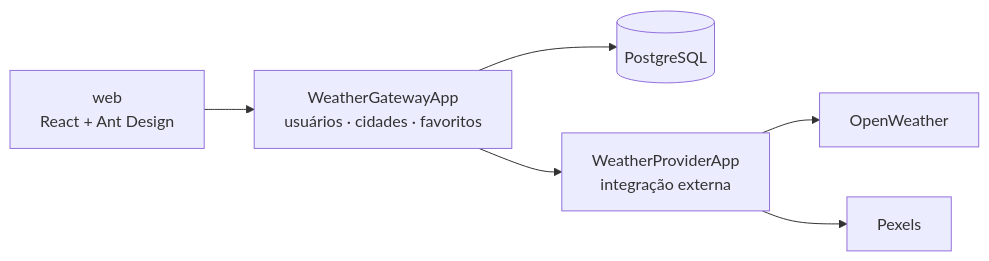
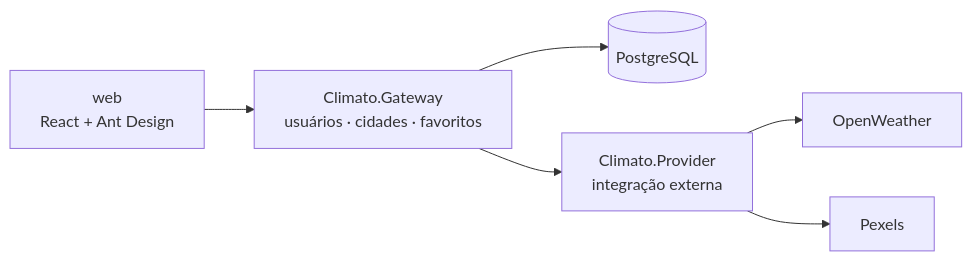
The diagram in README.md (YudiKojima/Climato), drawn with Mermaid before and after one commit. The commit also changed other lines of this file and 13 other files, not shown here.

````diff
--- a/README.md
+++ b/README.md
@@ -9,8 +9,8 @@
 ```mermaid
 flowchart LR
-    web["web<br/>React + Ant Design"] --> gw["WeatherGatewayApp<br/>usuários · cidades · favoritos"]
+    web["web<br/>React + Ant Design"] --> gw["Climato.Gateway<br/>usuários · cidades · favoritos"]
     gw --> db[(PostgreSQL)]
-    gw --> pv["WeatherProviderApp<br/>integração externa"]
+    gw --> pv["Climato.Provider<br/>integração externa"]
     pv --> ow["OpenWeather"]
     pv --> px["Pexels"]
 ```
````
